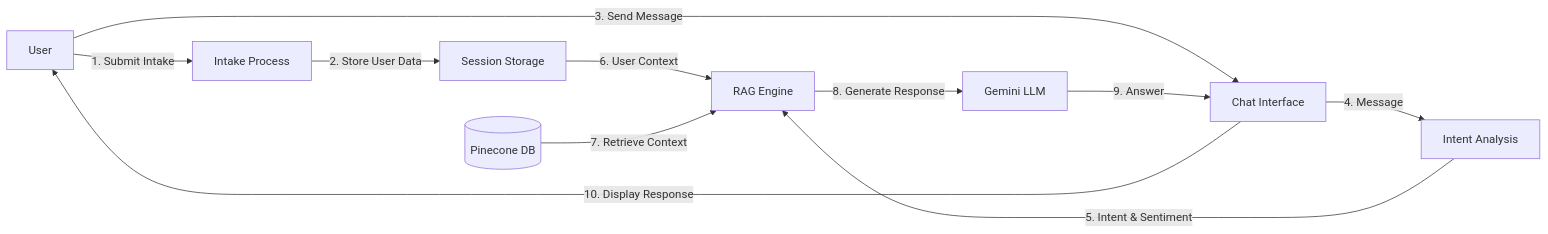
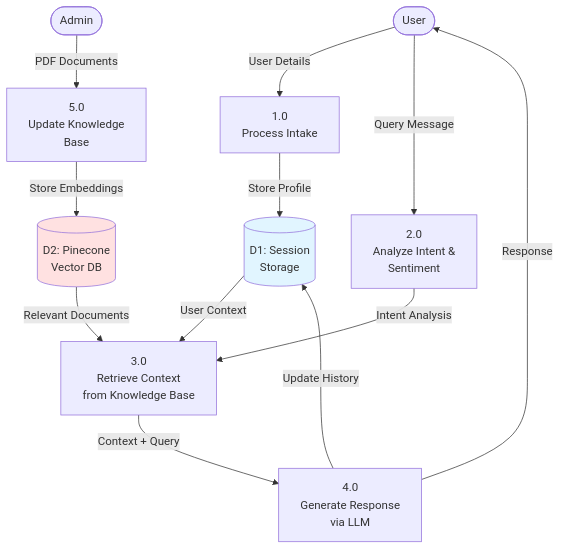
The second of 6 diagrams in PROJECT_REPORT.md (shubhamvasoya/mental-health-chatbot), drawn with Mermaid before and after one commit. The commit also changed other lines of this file, not shown here.

````diff
--- a/PROJECT_REPORT.md
+++ b/PROJECT_REPORT.md
@@ -83,13 +83,25 @@
 ```mermaid
-graph LR
-    User[User] -- 1. Submit Intake --> Intake[Intake Process]
-    Intake -- 2. Store User Data --> Session[Session Storage]
-    User -- 3. Send Message --> Chat[Chat Interface]
-    Chat -- 4. Message --> Analysis[Intent Analysis]
-    Analysis -- 5. Intent & Sentiment --> RAG[RAG Engine]
-    Session -- 6. User Context --> RAG
-    KB[(Pinecone DB)] -- 7. Retrieve Context --> RAG
-    RAG -- 8. Generate Response --> LLM[Gemini LLM]
-    LLM -- 9. Answer --> Chat
-    Chat -- 10. Display Response --> User
+graph TB
+    User([User])
+    Admin([Admin])
+    
+    User -->|User Details| P1[1.0<br/>Process Intake]
+    P1 -->|Store Profile| D1[(D1: Session<br/>Storage)]
+    
+    User -->|Query Message| P2[2.0<br/>Analyze Intent &<br/>Sentiment]
+    P2 -->|Intent Analysis| P3[3.0<br/>Retrieve Context<br/>from Knowledge Base]
+    
+    D1 -->|User Context| P3
+    D2[(D2: Pinecone<br/>Vector DB)] -->|Relevant Documents| P3
+    
+    P3 -->|Context + Query| P4[4.0<br/>Generate Response<br/>via LLM]
+    P4 -->|Response| User
+    
+    P4 -->|Update History| D1
+    
+    Admin -->|PDF Documents| P5[5.0<br/>Update Knowledge<br/>Base]
+    P5 -->|Store Embeddings| D2
+    
+    style D1 fill:#e1f5ff
+    style D2 fill:#ffe1e1
 ```
````
